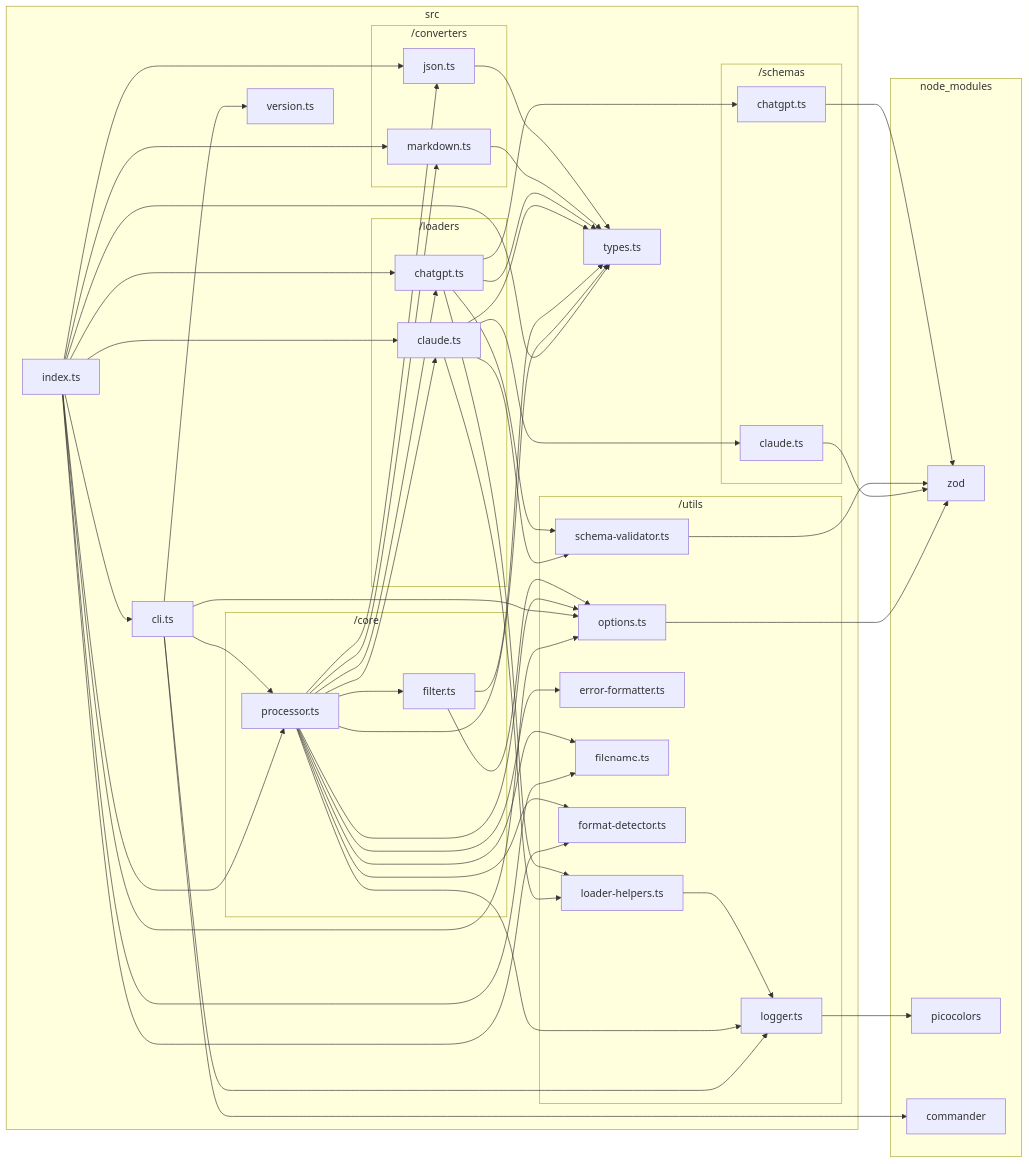
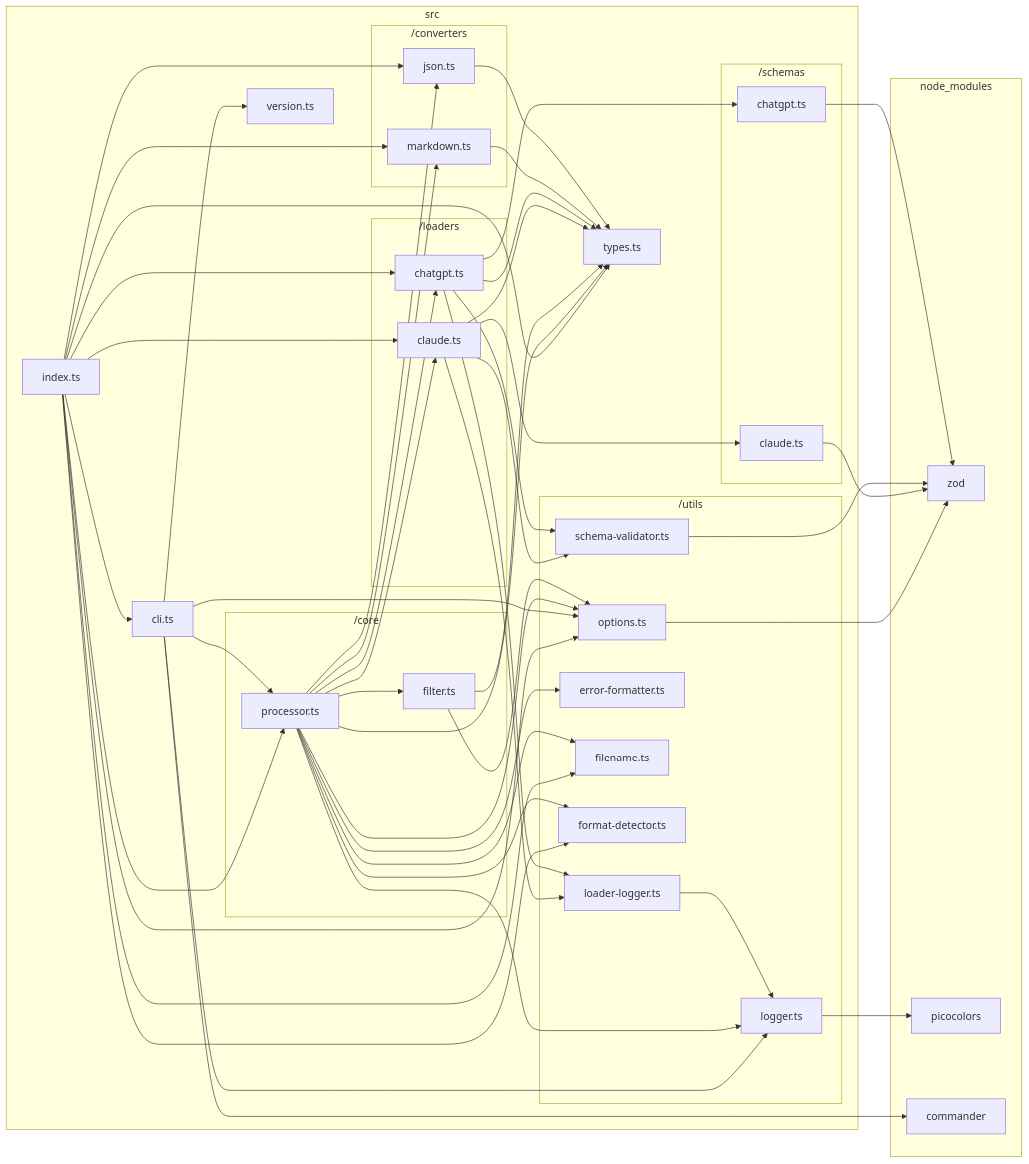
The diagram in docs/dependency-graphs/typescript-graph.md (sugurutakahashi-1234/ai-chat-md-export), drawn with Mermaid before and after one commit. The commit also changed 13 other files, not shown here.

```diff
--- a/docs/dependency-graphs/typescript-graph.md
+++ b/docs/dependency-graphs/typescript-graph.md
@@ -21,7 +21,7 @@
         end
         subgraph src/utils["/utils"]
             src/utils/logger.ts["logger.ts"]
-            src/utils/loader//helpers.ts["loader-helpers.ts"]
+            src/utils/loader//logger.ts["loader-logger.ts"]
             src/utils/schema//validator.ts["schema-validator.ts"]
             src/utils/error//formatter.ts["error-formatter.ts"]
             src/utils/filename.ts["filename.ts"]
@@ -46,16 +46,16 @@
     src/converters/markdown.ts-->src/types.ts
     src/schemas/chatgpt.ts-->node//modules/zod/index.d.cts
     src/utils/logger.ts-->node//modules/picocolors/picocolors.d.ts
-    src/utils/loader//helpers.ts-->src/utils/logger.ts
+    src/utils/loader//logger.ts-->src/utils/logger.ts
     src/utils/schema//validator.ts-->node//modules/zod/index.d.cts
     src/loaders/chatgpt.ts-->src/schemas/chatgpt.ts
     src/loaders/chatgpt.ts-->src/types.ts
-    src/loaders/chatgpt.ts-->src/utils/loader//helpers.ts
+    src/loaders/chatgpt.ts-->src/utils/loader//logger.ts
     src/loaders/chatgpt.ts-->src/utils/schema//validator.ts
     src/schemas/claude.ts-->node//modules/zod/index.d.cts
     src/loaders/claude.ts-->src/schemas/claude.ts
     src/loaders/claude.ts-->src/types.ts
-    src/loaders/claude.ts-->src/utils/loader//helpers.ts
+    src/loaders/claude.ts-->src/utils/loader//logger.ts
     src/loaders/claude.ts-->src/utils/schema//validator.ts
     src/utils/options.ts-->node//modules/zod/index.d.cts
     src/core/filter.ts-->src/types.ts
```
